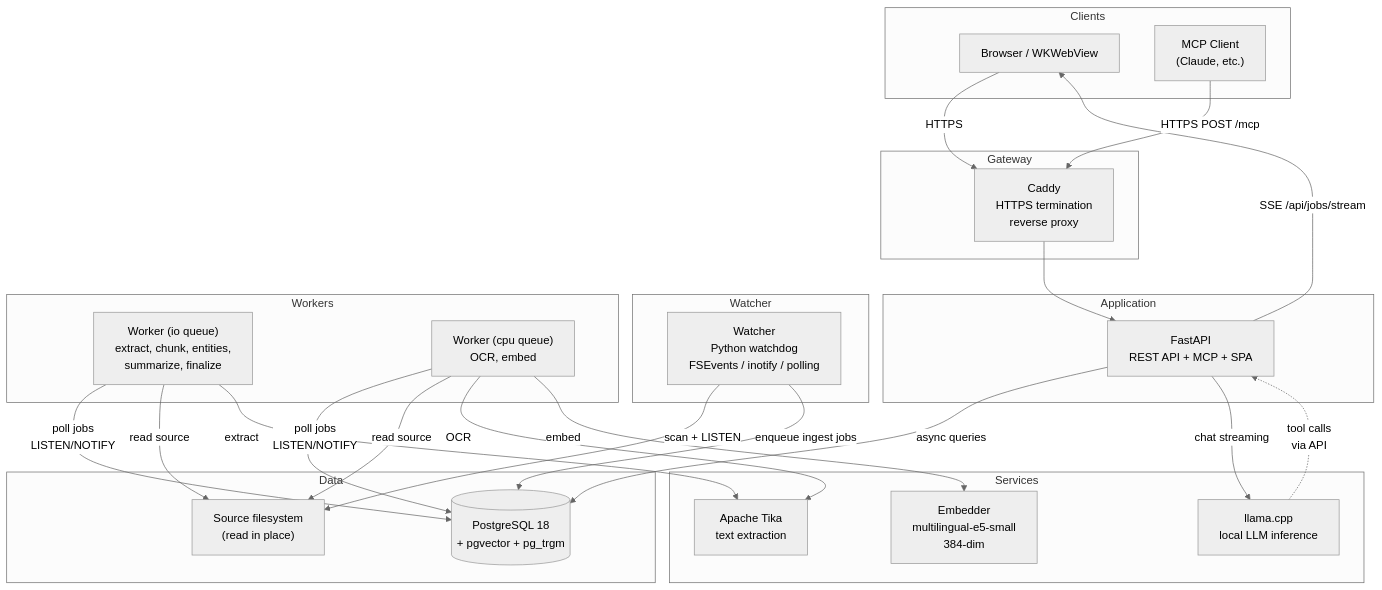
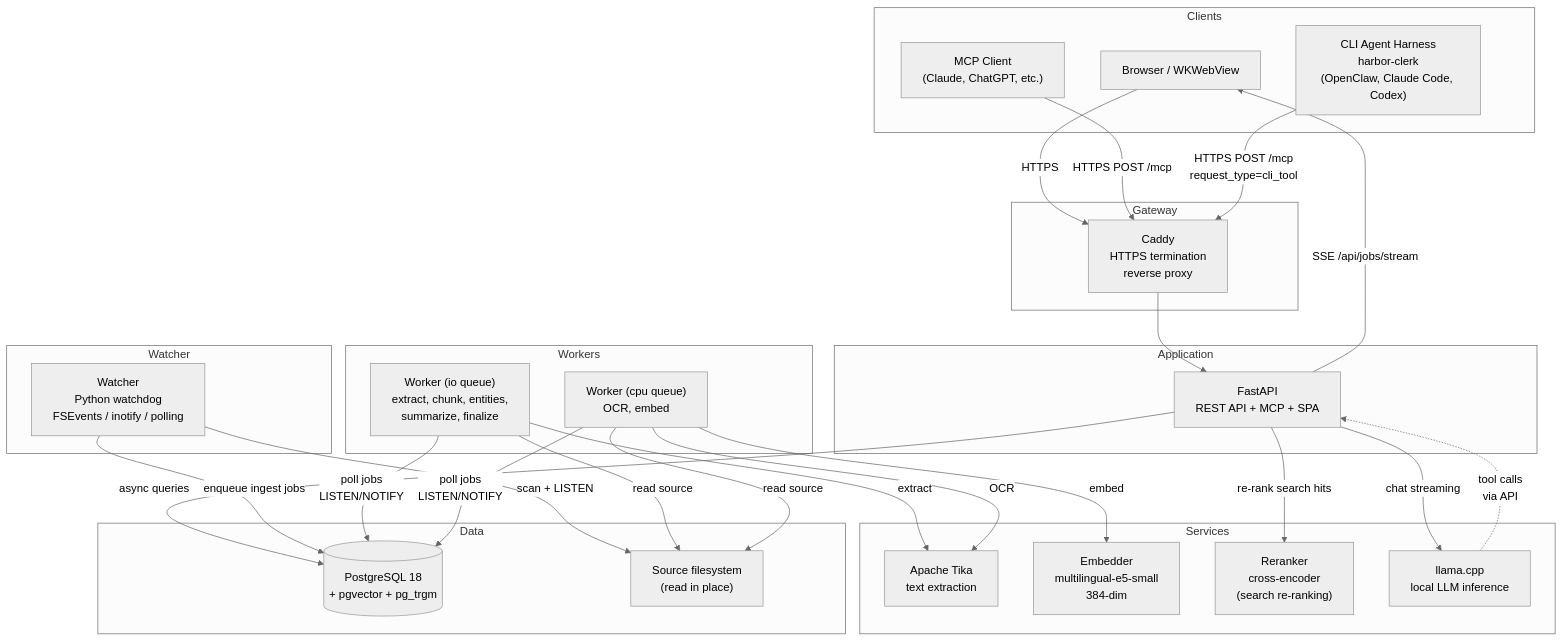
Before and after one commit to r0shi/harborclerk: the first of 7 diagrams in docs/architecture.md, drawn with Mermaid (neutral theme). The commit also changed other lines of this file and 3 other files, not shown here.

Commit message:
docs: promote CLI, reframe as watched-folder-first, refresh architecture (#413)

````diff
--- a/docs/architecture.md
+++ b/docs/architecture.md
@@ -5,56 +5,60 @@
 ```mermaid
 graph TB
     subgraph Clients
         browser["Browser / WKWebView"]
-        mcp_client["MCP Client<br/>(Claude, etc.)"]
+        mcp_client["MCP Client<br/>(Claude, ChatGPT, etc.)"]
+        cli_agent["CLI Agent Harness<br/>harbor-clerk<br/>(OpenClaw, Claude Code, Codex)"]
     end
 
     subgraph Gateway
         caddy["Caddy<br/>HTTPS termination<br/>reverse proxy"]
     end
 
     subgraph Application
         api["FastAPI<br/>REST API + MCP + SPA"]
     end
 
     subgraph Watcher
         watcher["Watcher<br/>Python watchdog<br/>FSEvents / inotify / polling"]
     end
 
     subgraph Workers
         wio["Worker (io queue)<br/>extract, chunk, entities,<br/>summarize, finalize"]
         wcpu["Worker (cpu queue)<br/>OCR, embed"]
     end
 
     subgraph Data
         pg[("PostgreSQL 18<br/>+ pgvector + pg_trgm")]
         fs["Source filesystem<br/>(read in place)"]
     end
 
     subgraph Services
         tika["Apache Tika<br/>text extraction"]
         embedder["Embedder<br/>multilingual-e5-small<br/>384-dim"]
+        reranker["Reranker<br/>cross-encoder<br/>(search re-ranking)"]
         llama["llama.cpp<br/>local LLM inference"]
     end
 
     browser -- "HTTPS" --> caddy
     mcp_client -- "HTTPS POST /mcp" --> caddy
+    cli_agent -- "HTTPS POST /mcp<br/>request_type=cli_tool" --> caddy
     caddy --> api
 
     api -- "async queries" --> pg
     api -- "chat streaming" --> llama
+    api -- "re-rank search hits" --> reranker
     api -- "SSE /api/jobs/stream" --> browser
 
     watcher -- "scan + LISTEN" --> fs
     watcher -- "enqueue ingest jobs" --> pg
 
     wio -- "poll jobs<br/>LISTEN/NOTIFY" --> pg
     wcpu -- "poll jobs<br/>LISTEN/NOTIFY" --> pg
     wio -- "read source" --> fs
     wcpu -- "read source" --> fs
     wio -- "extract" --> tika
     wcpu -- "OCR" --> tika
     wcpu -- "embed" --> embedder
 
     llama -. "tool calls<br/>via API" .-> api
 ```
````
